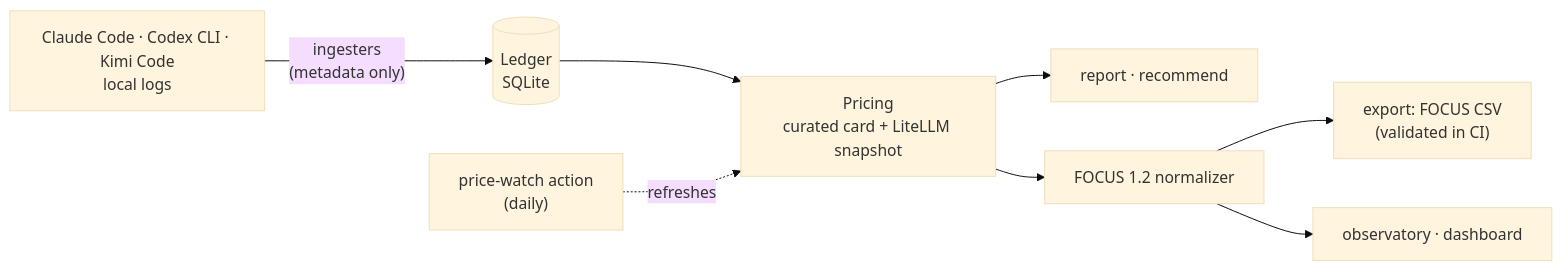
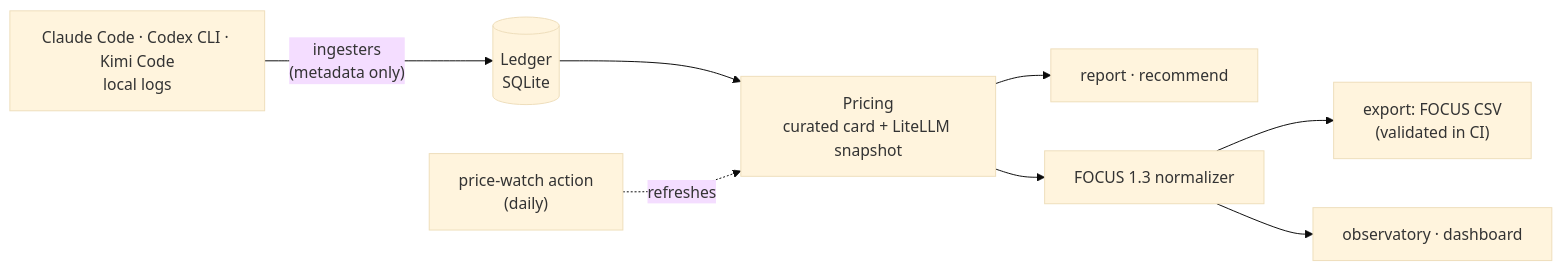
Before and after one commit to pach-boop/tokencur: the diagram in README.md, drawn with Mermaid (base theme). The commit also changed other lines of this file and 10 other files, not shown here.

````diff
--- a/README.md
+++ b/README.md
@@ -68,10 +68,10 @@
 ```mermaid
 flowchart LR
     A["Claude Code · Codex CLI · Kimi Code<br/>local logs"] -->|"ingesters<br/>(metadata only)"| L[("Ledger<br/>SQLite")]
     L --> P["Pricing<br/>curated card + LiteLLM snapshot"]
     W["price-watch action<br/>(daily)"] -.->|refreshes| P
     P --> R["report · recommend"]
-    P --> F["FOCUS 1.2 normalizer"]
+    P --> F["FOCUS 1.3 normalizer"]
     F --> E["export: FOCUS CSV<br/>(validated in CI)"]
     F --> O["observatory · dashboard"]
 ```
````
